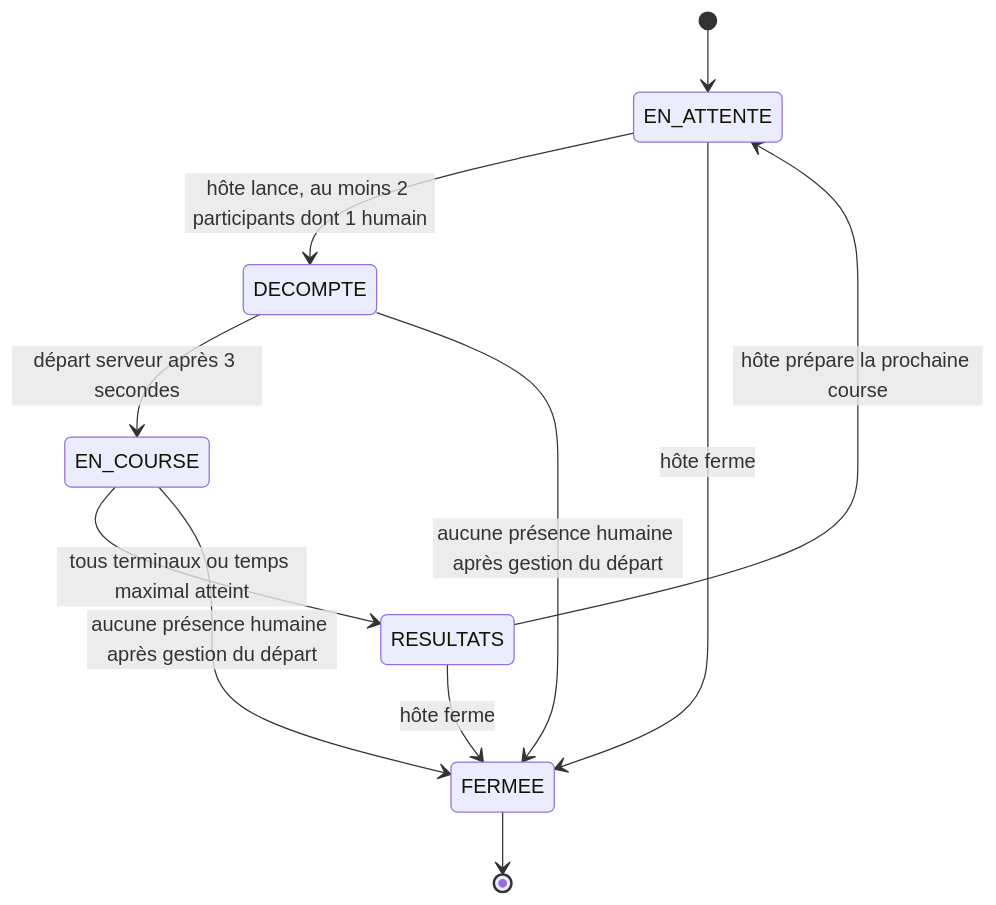
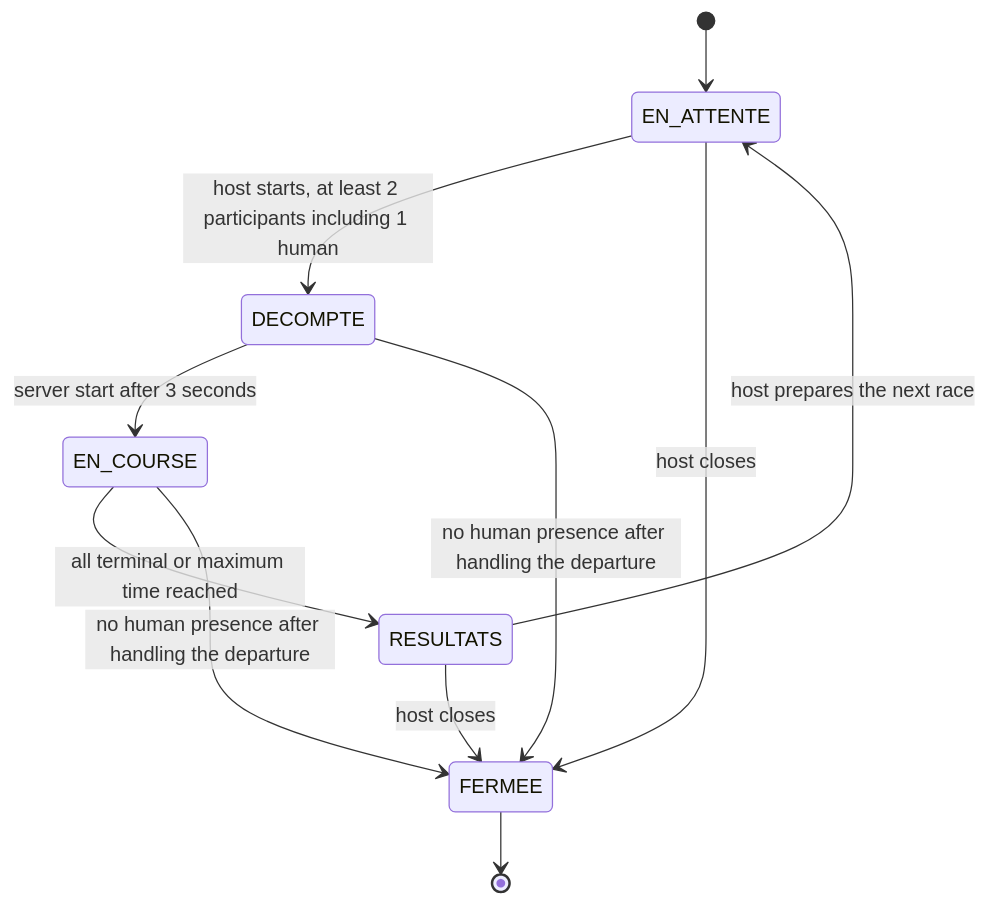
One commit to PhilJordan18/incision changed the third of 4 diagrams in docs/ARCHITECTURE.md. Above: the diagram before and after it, drawn with Mermaid. The commit also changed other lines of this file and 7 other files, not shown here.

First line of the commit message:
docs(architecture): translate architecture documents and ADR to English

````diff
--- a/docs/ARCHITECTURE.md
+++ b/docs/ARCHITECTURE.md
@@ -88,13 +88,13 @@
 ```mermaid
 stateDiagram-v2
   [*] --> EN_ATTENTE
-  EN_ATTENTE --> DECOMPTE: hôte lance, au moins 2 participants dont 1 humain
-  DECOMPTE --> EN_COURSE: départ serveur après 3 secondes
-  EN_COURSE --> RESULTATS: tous terminaux ou temps maximal atteint
-  RESULTATS --> EN_ATTENTE: hôte prépare la prochaine course
-  RESULTATS --> FERMEE: hôte ferme
-  EN_ATTENTE --> FERMEE: hôte ferme
-  DECOMPTE --> FERMEE: aucune présence humaine après gestion du départ
-  EN_COURSE --> FERMEE: aucune présence humaine après gestion du départ
+  EN_ATTENTE --> DECOMPTE: host starts, at least 2 participants including 1 human
+  DECOMPTE --> EN_COURSE: server start after 3 seconds
+  EN_COURSE --> RESULTATS: all terminal or maximum time reached
+  RESULTATS --> EN_ATTENTE: host prepares the next race
+  RESULTATS --> FERMEE: host closes
+  EN_ATTENTE --> FERMEE: host closes
+  DECOMPTE --> FERMEE: no human presence after handling the departure
+  EN_COURSE --> FERMEE: no human presence after handling the departure
   FERMEE --> [*]
 ```
````
